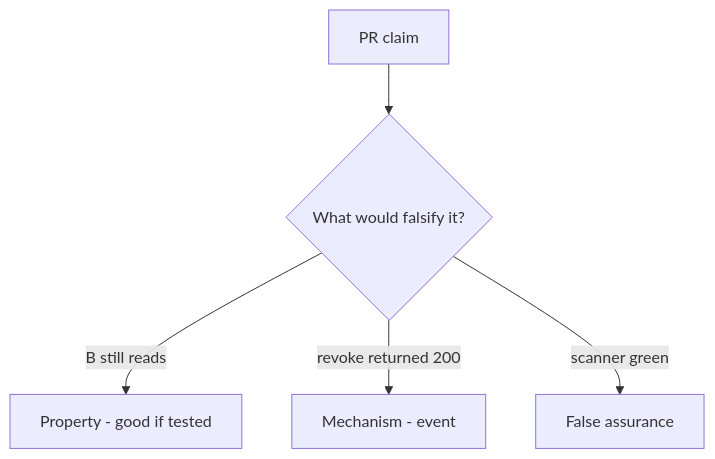
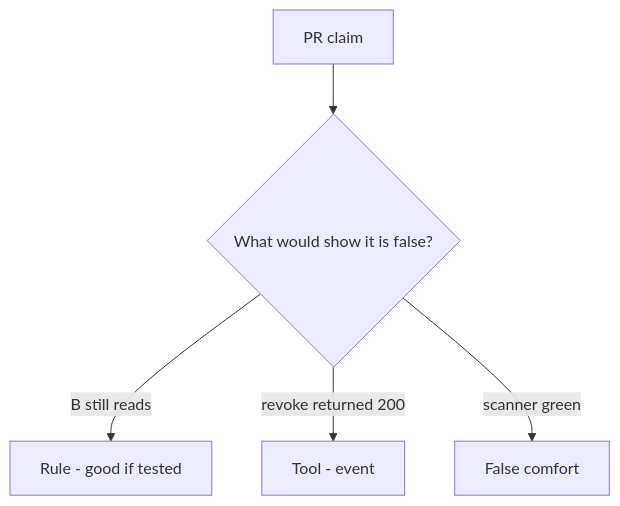
The diagram in content/modules/11/11/lessons/08-review.md (ishitvagoel/LearnSecurity), drawn with Mermaid before and after one commit. The commit also changed other lines of this file and 55 other files, not shown here.

````diff
--- a/content/modules/11/11/lessons/08-review.md
+++ b/content/modules/11/11/lessons/08-review.md
@@ -17,7 +18,7 @@
 ```mermaid
 flowchart TD
-  Claim[PR claim] --> Q{"What would falsify it?"}
-  Q -->|B still reads| Property["Property - good if tested"]
-  Q -->|revoke returned 200| Mechanism[Mechanism - event]
-  Q -->|scanner green| False[False assurance]
+  Claim[PR claim] --> Q{"What would show it is false?"}
+  Q -->|B still reads| Property["Rule - good if tested"]
+  Q -->|revoke returned 200| Mechanism[Tool - event]
+  Q -->|scanner green| False[False comfort]
 ```
````
